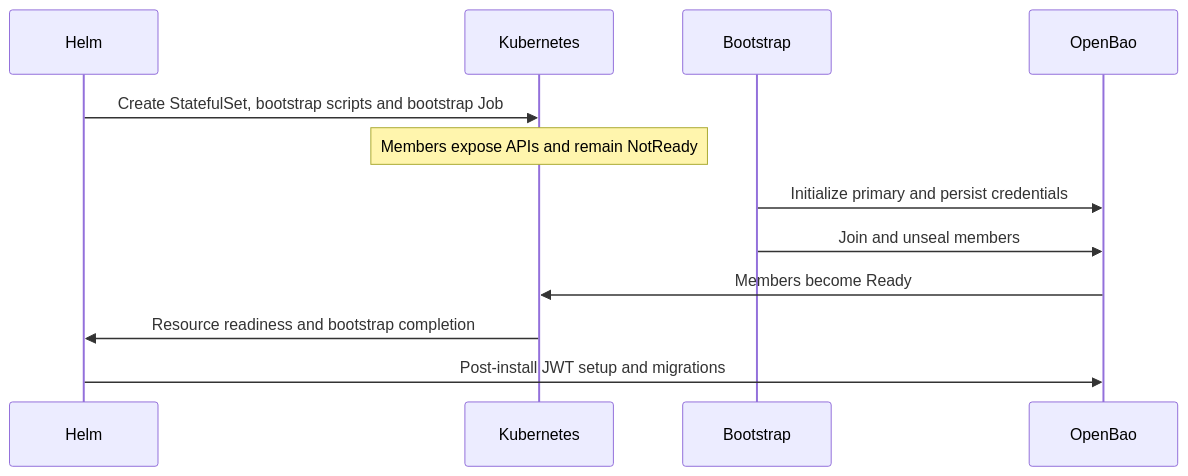
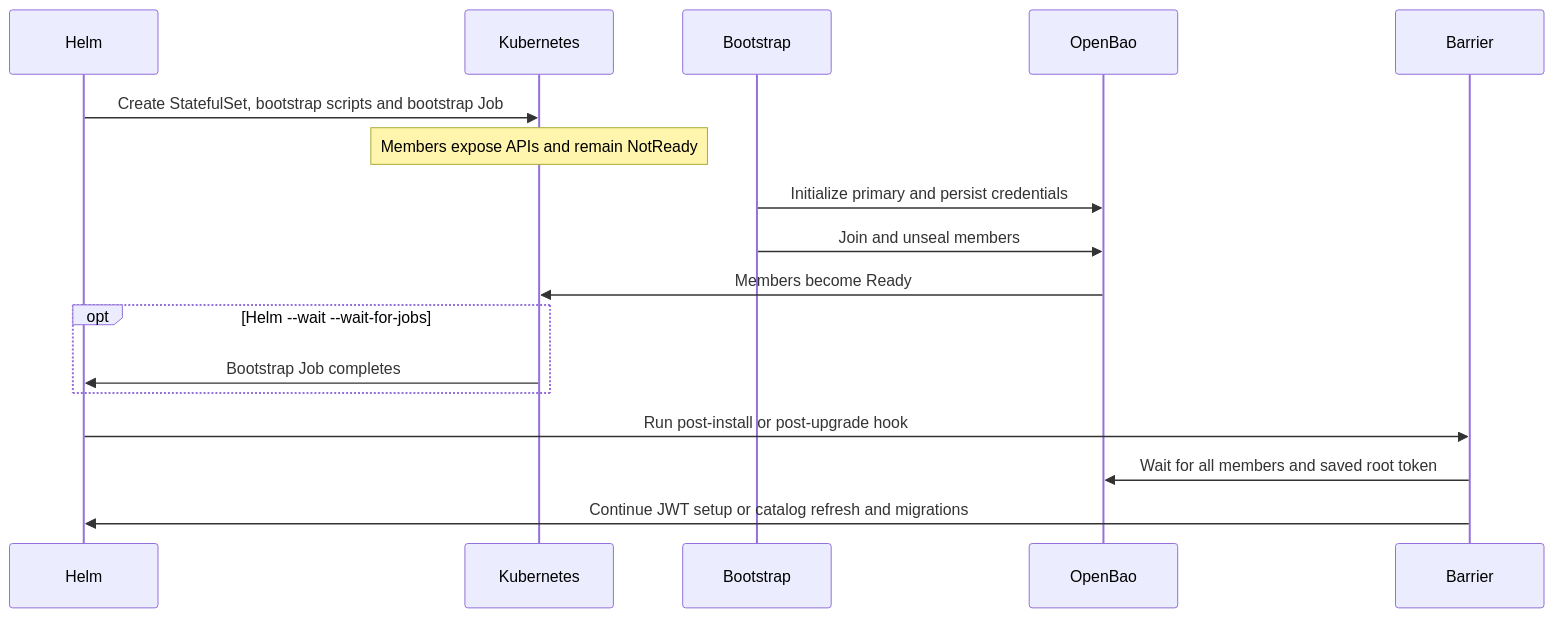
The diagram in deploy/helm/openbao/README.md (andretorresdg/nvcf), drawn with Mermaid before and after one commit. The commit also changed other lines of this file and 10 other files, not shown here.

First line of the commit message:
fix(openbao): harden bootstrap recovery and upgrade gates

````diff
--- a/deploy/helm/openbao/README.md
+++ b/deploy/helm/openbao/README.md
@@ -32,10 +40,14 @@
 ```mermaid
 sequenceDiagram
     Helm->>Kubernetes: Create StatefulSet, bootstrap scripts and bootstrap Job
     Note over Kubernetes: Members expose APIs and remain NotReady
     Bootstrap->>OpenBao: Initialize primary and persist credentials
     Bootstrap->>OpenBao: Join and unseal members
     OpenBao->>Kubernetes: Members become Ready
-    Kubernetes->>Helm: Resource readiness and bootstrap completion
-    Helm->>OpenBao: Post-install JWT setup and migrations
+    opt Helm --wait --wait-for-jobs
+        Kubernetes->>Helm: Bootstrap Job completes
+    end
+    Helm->>Barrier: Run post-install or post-upgrade hook
+    Barrier->>OpenBao: Wait for all members and saved root token
+    Barrier->>Helm: Continue JWT setup or catalog refresh and migrations
 ```
````
